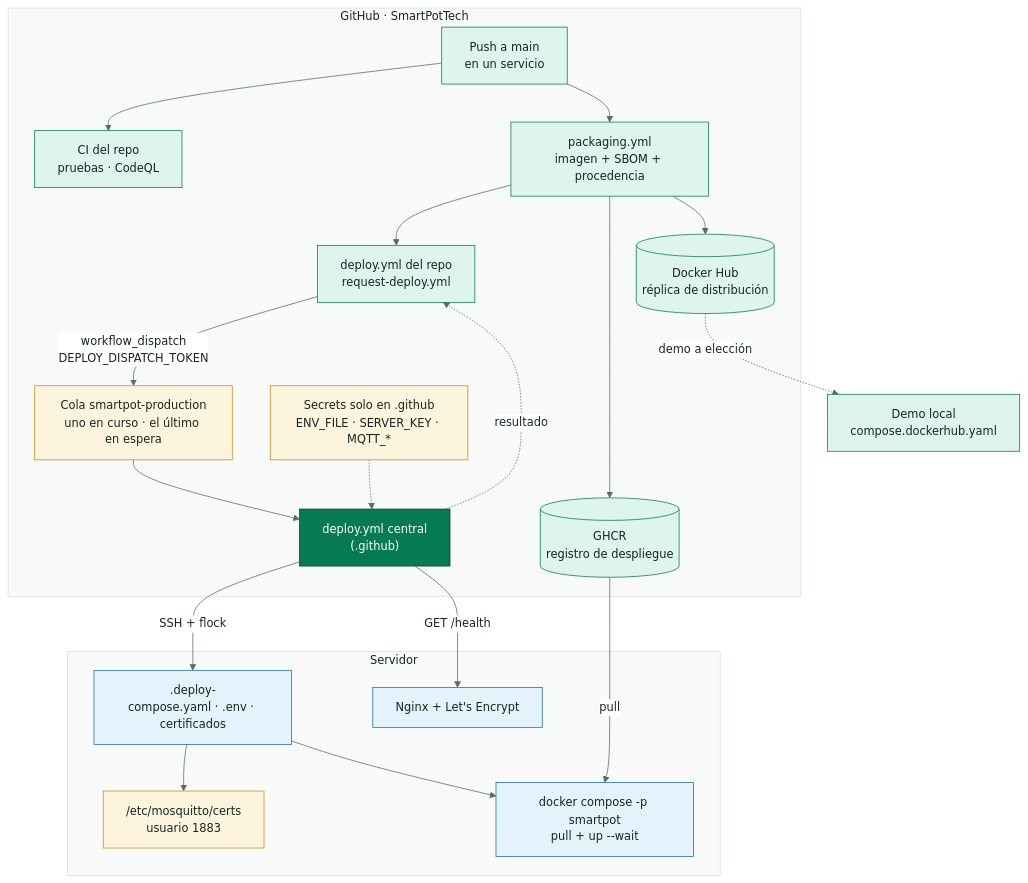
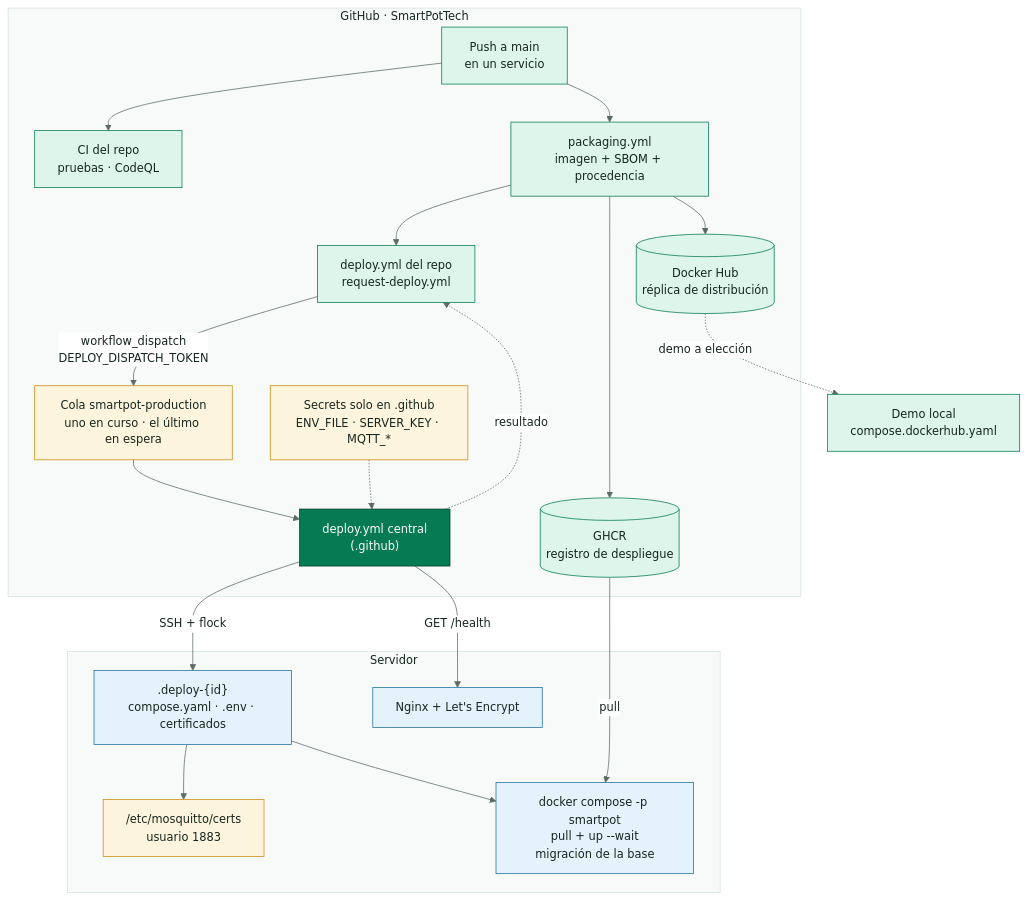
Before and after one commit to SmartPotTech/.github: the ninth of 11 diagrams in docs/SmartPot_Technical_Documentation.md, drawn with Mermaid. The commit also changed other lines of this file, not shown here.

````diff
--- a/docs/SmartPot_Technical_Documentation.md
+++ b/docs/SmartPot_Technical_Documentation.md
@@ -776,35 +778,35 @@
 ```mermaid
 %%{init: {"theme": "base", "fontFamily": "Segoe UI, Arial, sans-serif", "themeVariables": {"fontFamily": "Segoe UI, Arial, sans-serif", "fontSize": "15px", "primaryColor": "#DDF5EA", "primaryTextColor": "#17261F", "primaryBorderColor": "#067A52", "secondaryColor": "#E3F2FB", "secondaryTextColor": "#17261F", "secondaryBorderColor": "#1F6FA0", "tertiaryColor": "#F2F7F4", "tertiaryTextColor": "#17261F", "tertiaryBorderColor": "#D5E3DC", "lineColor": "#5B6B63", "textColor": "#17261F", "mainBkg": "#DDF5EA", "nodeBorder": "#067A52", "clusterBkg": "#F7FAF8", "clusterBorder": "#D5E3DC", "edgeLabelBackground": "#FFFFFF", "actorBkg": "#067A52", "actorBorder": "#0B3D2B", "actorTextColor": "#FFFFFF", "actorLineColor": "#5B6B63", "signalColor": "#17261F", "signalTextColor": "#17261F", "labelBoxBkgColor": "#0B3D2B", "labelBoxBorderColor": "#0B3D2B", "labelTextColor": "#FFFFFF", "loopTextColor": "#0B3D2B", "noteBkgColor": "#FDF4DD", "noteBorderColor": "#C98D12", "noteTextColor": "#17261F", "activationBkgColor": "#DDF5EA", "activationBorderColor": "#067A52", "attributeBackgroundColorOdd": "#FFFFFF", "attributeBackgroundColorEven": "#F2F7F4"}}}%%
 flowchart TB
   subgraph github["GitHub · SmartPotTech"]
     repo["Push a main<br/>en un servicio"] --> ci["CI del repo<br/>pruebas · CodeQL"]
     repo --> pkg["packaging.yml<br/>imagen + SBOM + procedencia"]
     pkg --> ghcr[("GHCR<br/>registro de despliegue")]
     pkg --> hub[("Docker Hub<br/>réplica de distribución")]
     pkg --> dep["deploy.yml del repo<br/>request-deploy.yml"]
     dep -->|"workflow_dispatch<br/>DEPLOY_DISPATCH_TOKEN"| queue["Cola smartpot-production<br/>uno en curso · el último en espera"]
     queue --> central["deploy.yml central<br/>(.github)"]
     central -.->|"resultado"| dep
     secrets["Secrets solo en .github<br/>ENV_FILE · SERVER_KEY · MQTT_*"] -.-> central
   end
   subgraph servidor["Servidor"]
-    stage[".deploy-<id><br/>compose.yaml · .env · certificados"]
+    stage[".deploy-{id}<br/>compose.yaml · .env · certificados"]
     certs["/etc/mosquitto/certs<br/>usuario 1883"]
-    compose["docker compose -p smartpot<br/>pull + up --wait"]
+    compose["docker compose -p smartpot<br/>pull + up --wait<br/>migración de la base"]
     nginx["Nginx + Let's Encrypt"]
   end
   central -->|"SSH + flock"| stage
   stage --> certs
   stage --> compose
   ghcr -->|"pull"| compose
   hub -.->|"demo a elección"| demo["Demo local<br/>compose.dockerhub.yaml"]
   central -->|"GET /health"| nginx
   classDef gh fill:#DDF5EA,stroke:#067A52,color:#17261F
   classDef key fill:#FDF4DD,stroke:#C98D12,color:#17261F
   classDef srv fill:#E3F2FB,stroke:#1F6FA0,color:#17261F
   classDef core fill:#067A52,stroke:#0B3D2B,color:#FFFFFF
   class repo,ci,pkg,dep,demo gh
   class central core
   class secrets,certs,queue key
   class stage,compose,nginx srv
 ```
````
